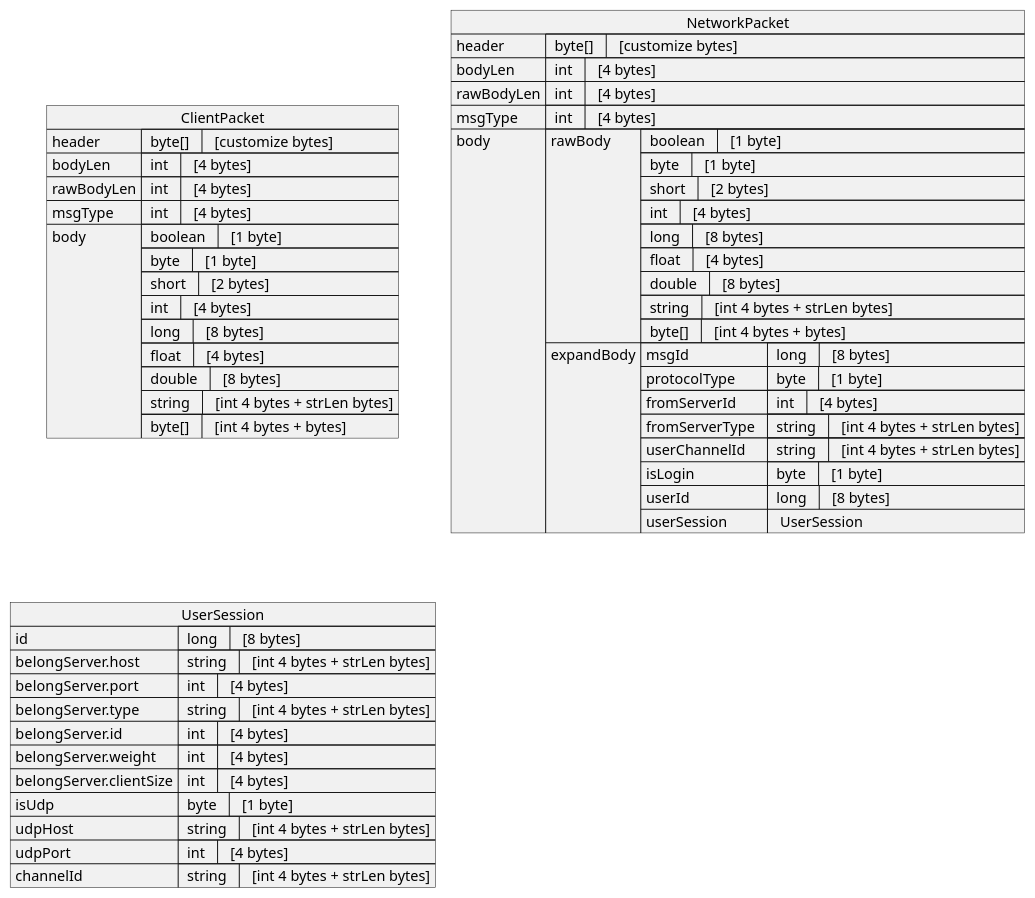
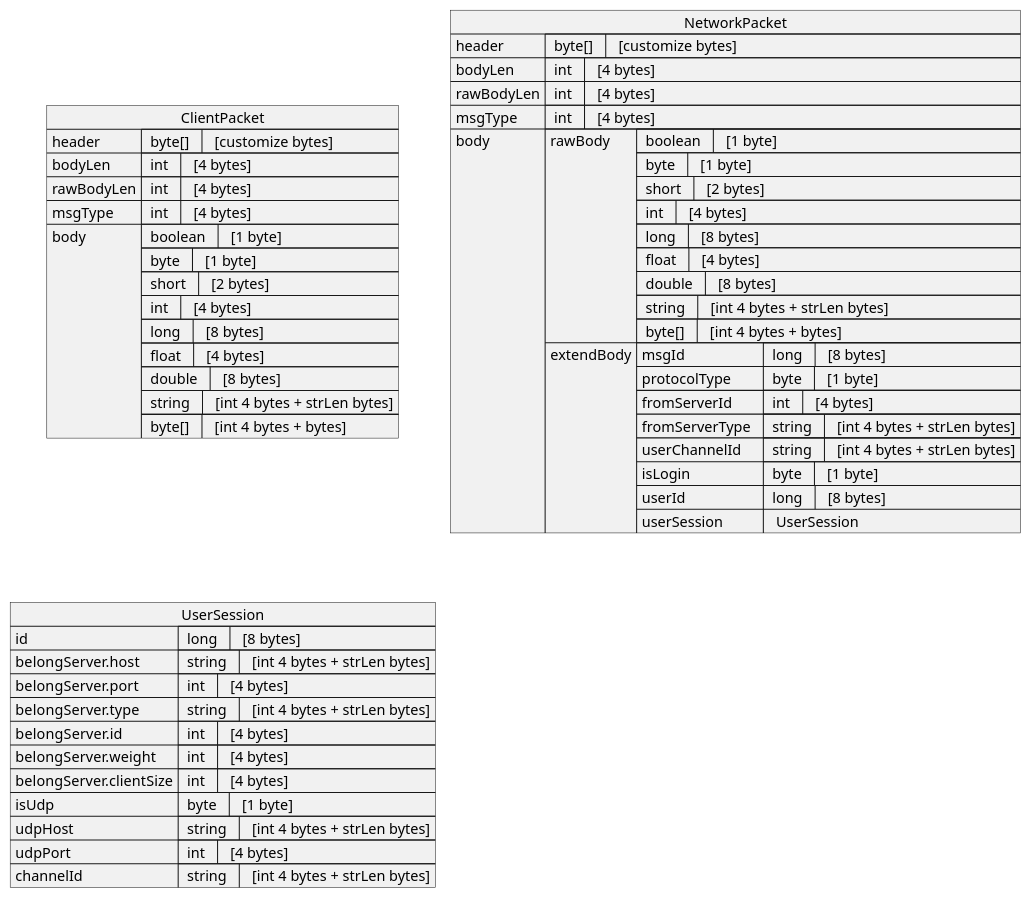
One commit to zunzhuowei/network-server changed the diagram in docs/networkPacket.puml. Above: the diagram before and after it, drawn with PlantUML. The commit also changed 34 other files, not shown here.

Commit message:
ExpandBody rename to ExtendBody, and http response support redirect url

```diff
--- a/docs/networkPacket.puml
+++ b/docs/networkPacket.puml
@@ -1,66 +1,66 @@
 @startuml
 json ClientPacket {
 "header":{" byte[]  " : "  [customize bytes]"},
 "bodyLen":{" int  " : "  [4 bytes]"},
 "rawBodyLen":{" int  " : "  [4 bytes]"},
 "msgType":{" int  " : "  [4 bytes]"},
 "body": [
     {" boolean  " : "  [1 byte]"},
     {" byte  " : "  [1 byte]"},
     {" short  " : "  [2 bytes]"},
     {" int  " : "  [4 bytes]"},
     {" long  " : "  [8 bytes]"},
     {" float  " : "  [4 bytes]"},
     {" double  " : "  [8 bytes]"},
     {" string  " : "  [int 4 bytes + strLen bytes]"},
     {" byte[]  " : "  [int 4 bytes + bytes]"}
  ]
 }
 
 json NetworkPacket {
 "header":{" byte[]  " : "  [customize bytes]"},
 "bodyLen":{" int  " : "  [4 bytes]"},
 "rawBodyLen":{" int  " : "  [4 bytes]"},
 "msgType":{" int  " : "  [4 bytes]"},
 "body": {
     "rawBody":
     [
         {" boolean  " : "  [1 byte]"},
         {" byte  " : "  [1 byte]"},
         {" short  " : "  [2 bytes]"},
         {" int  " : "  [4 bytes]"},
         {" long  " : "  [8 bytes]"},
         {" float  " : "  [4 bytes]"},
         {" double  " : "  [8 bytes]"},
         {" string  " : "  [int 4 bytes + strLen bytes]"},
         {" byte[]  " : "  [int 4 bytes + bytes]"}
     ],
-     "expandBody":
+     "extendBody":
      {
         "msgId":{" long  " : "  [8 bytes]"},
         ' 0:tcp,1:udp,2:binary_websocket,3:text_websocket,4:http
         "protocolType": {" byte  " : "  [1 byte]"},
         "fromServerId  " : {" int  " : "  [4 bytes]"},
         "fromServerType  " :   {" string  " : "  [int 4 bytes + strLen bytes]"},
         "userChannelId  " :   {" string  " : "  [int 4 bytes + strLen bytes]"},
         "isLogin" : {" byte  " : "  [1 byte]"},
          "userId":{" long  " : "  [8 bytes]"},
         "userSession" : "  UserSession "
      }
  }
 }
 
 json UserSession {
     "id": {" long  " : "  [8 bytes]"},
     "belongServer.host": {" string  " : "  [int 4 bytes + strLen bytes]"},
     "belongServer.port": {" int  " : "  [4 bytes]"},
     "belongServer.type": {" string  " : "  [int 4 bytes + strLen bytes]"},
     "belongServer.id": {" int  " : "  [4 bytes]"},
     "belongServer.weight": {" int  " : "  [4 bytes]"},
     "belongServer.clientSize": {" int  " : "  [4 bytes]"},
     "isUdp": {" byte  " : "  [1 byte]"},
     "udpHost": {" string  " : "  [int 4 bytes + strLen bytes]"},
     "udpPort": {" int  " : "  [4 bytes]"},
     "channelId": {" string  " : "  [int 4 bytes + strLen bytes]"}
 }
 @enduml
```
